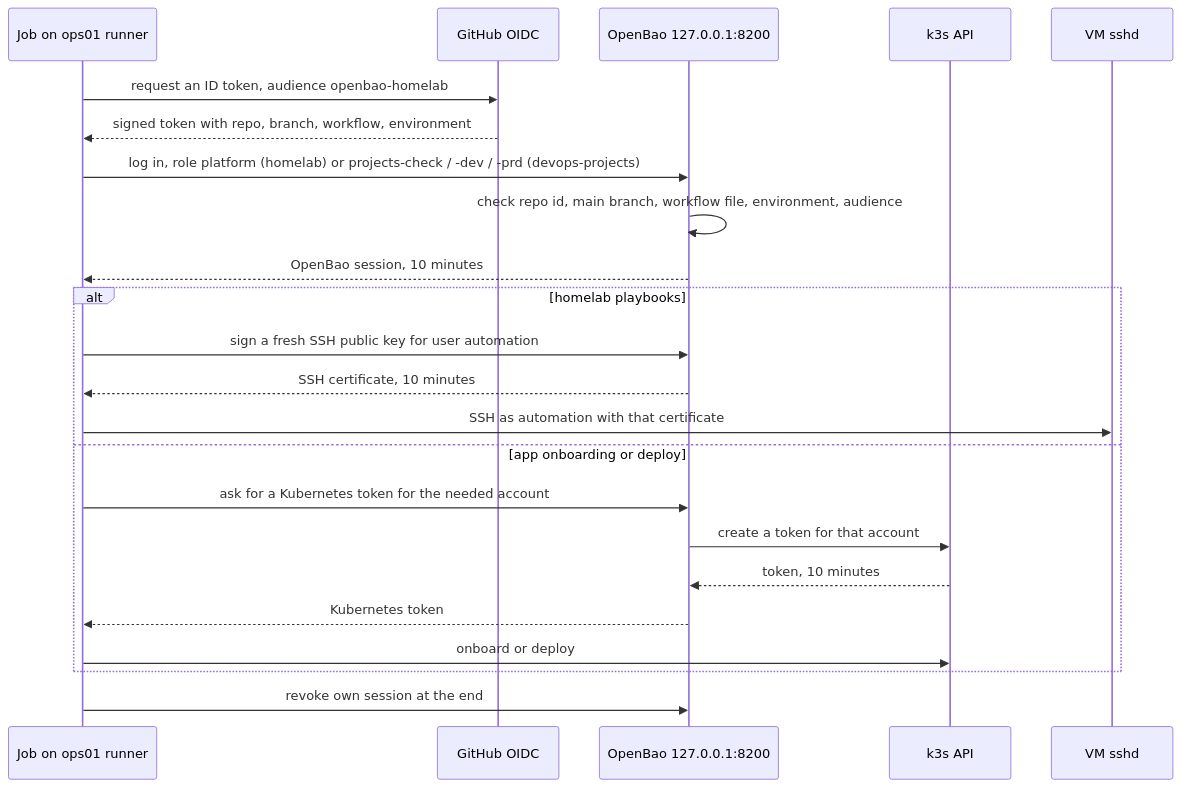
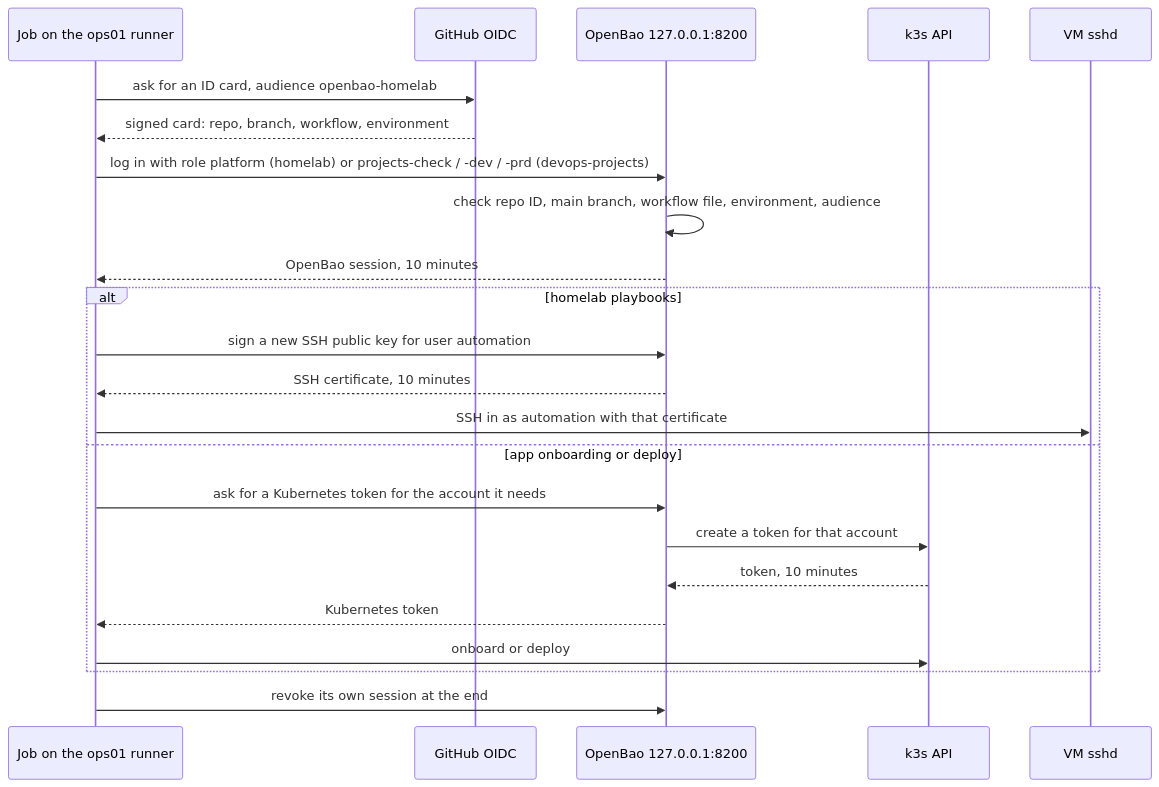
One commit to Zulhardy/homelab changed the diagram in docs/OPENBAO.md. Above: the diagram before and after it, drawn with Mermaid. The commit also changed other lines of this file and 3 other files, not shown here.

First line of the commit message:
docs: rewrite README, AUTOMATION, K3S and OPENBAO for learners

````diff
--- a/docs/OPENBAO.md
+++ b/docs/OPENBAO.md
@@ -79,25 +133,25 @@
 ```mermaid
 sequenceDiagram
-    participant J as Job on ops01 runner
+    participant J as Job on the ops01 runner
     participant G as GitHub OIDC
     participant B as OpenBao 127.0.0.1:8200
     participant K as k3s API
     participant V as VM sshd
-    J->>G: request an ID token, audience openbao-homelab
-    G-->>J: signed token with repo, branch, workflow, environment
-    J->>B: log in, role platform (homelab) or projects-check / -dev / -prd (devops-projects)
-    B->>B: check repo id, main branch, workflow file, environment, audience
+    J->>G: ask for an ID card, audience openbao-homelab
+    G-->>J: signed card: repo, branch, workflow, environment
+    J->>B: log in with role platform (homelab) or projects-check / -dev / -prd (devops-projects)
+    B->>B: check repo ID, main branch, workflow file, environment, audience
     B-->>J: OpenBao session, 10 minutes
     alt homelab playbooks
-        J->>B: sign a fresh SSH public key for user automation
+        J->>B: sign a new SSH public key for user automation
         B-->>J: SSH certificate, 10 minutes
-        J->>V: SSH as automation with that certificate
+        J->>V: SSH in as automation with that certificate
     else app onboarding or deploy
-        J->>B: ask for a Kubernetes token for the needed account
+        J->>B: ask for a Kubernetes token for the account it needs
         B->>K: create a token for that account
         K-->>B: token, 10 minutes
         B-->>J: Kubernetes token
         J->>K: onboard or deploy
     end
-    J->>B: revoke own session at the end
+    J->>B: revoke its own session at the end
 ```
````
